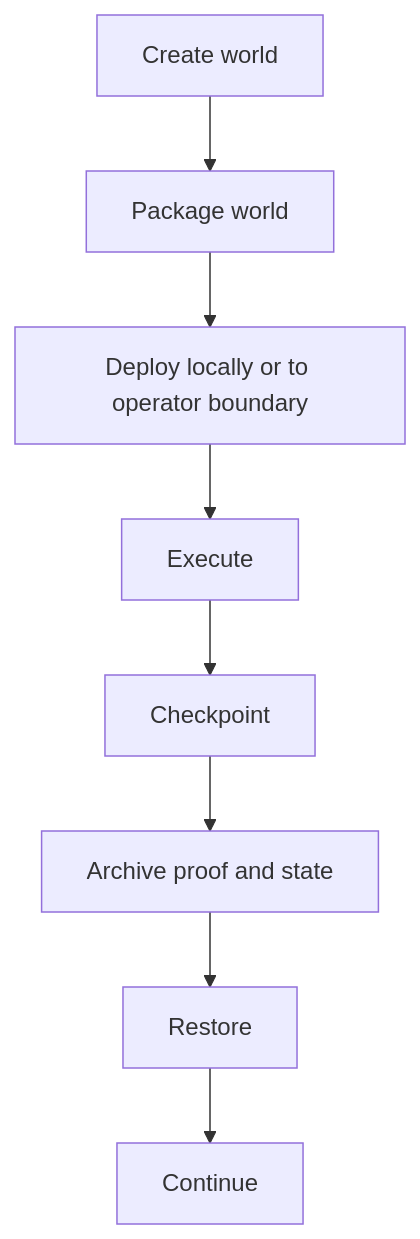
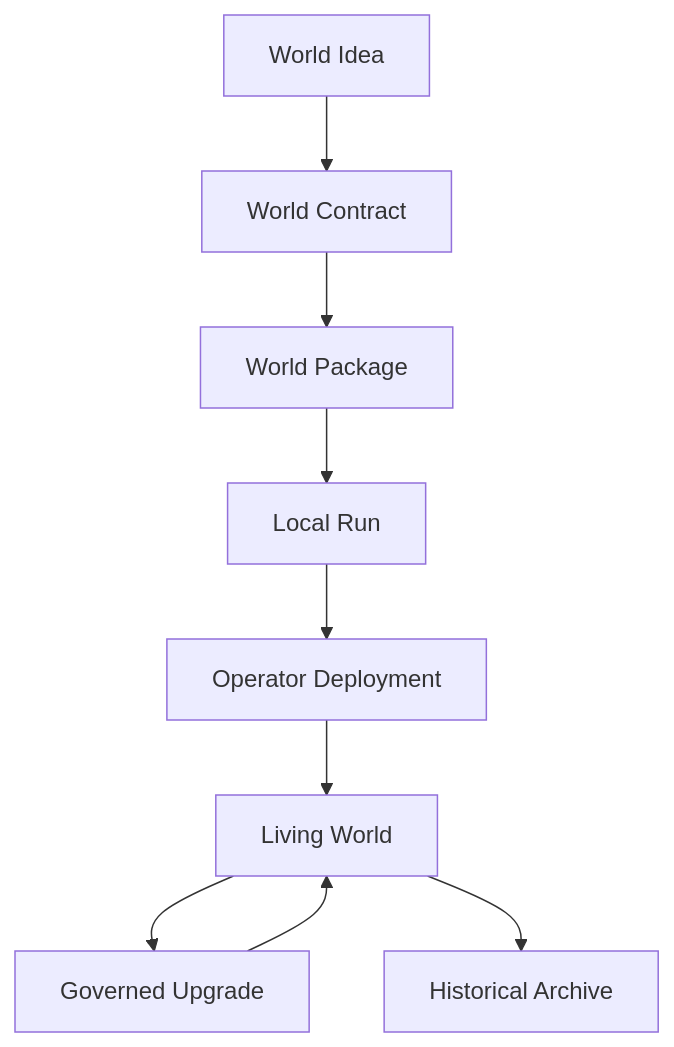
The diagram in docs/architecture/diagrams/world-lifecycle.md (lj26ft/everarcade-compiler), drawn with Mermaid before and after one commit. The commit also changed other lines of this file and 34 other files, not shown here.

````diff
--- a/docs/architecture/diagrams/world-lifecycle.md
+++ b/docs/architecture/diagrams/world-lifecycle.md
@@ -3,10 +3,11 @@
 ```mermaid
 flowchart TD
-  Create[Create world] --> Package[Package world]
-  Package --> Deploy[Deploy locally or to operator boundary]
-  Deploy --> Execute[Execute]
-  Execute --> Checkpoint[Checkpoint]
-  Checkpoint --> Archive[Archive proof and state]
-  Archive --> Restore[Restore]
-  Restore --> Continue[Continue]
+  Idea[World Idea] --> Contract[World Contract]
+  Contract --> Package[World Package]
+  Package --> Local[Local Run]
+  Local --> Deploy[Operator Deployment]
+  Deploy --> Live[Living World]
+  Live --> Upgrade[Governed Upgrade]
+  Upgrade --> Live
+  Live --> Archive[Historical Archive]
 ```
````
